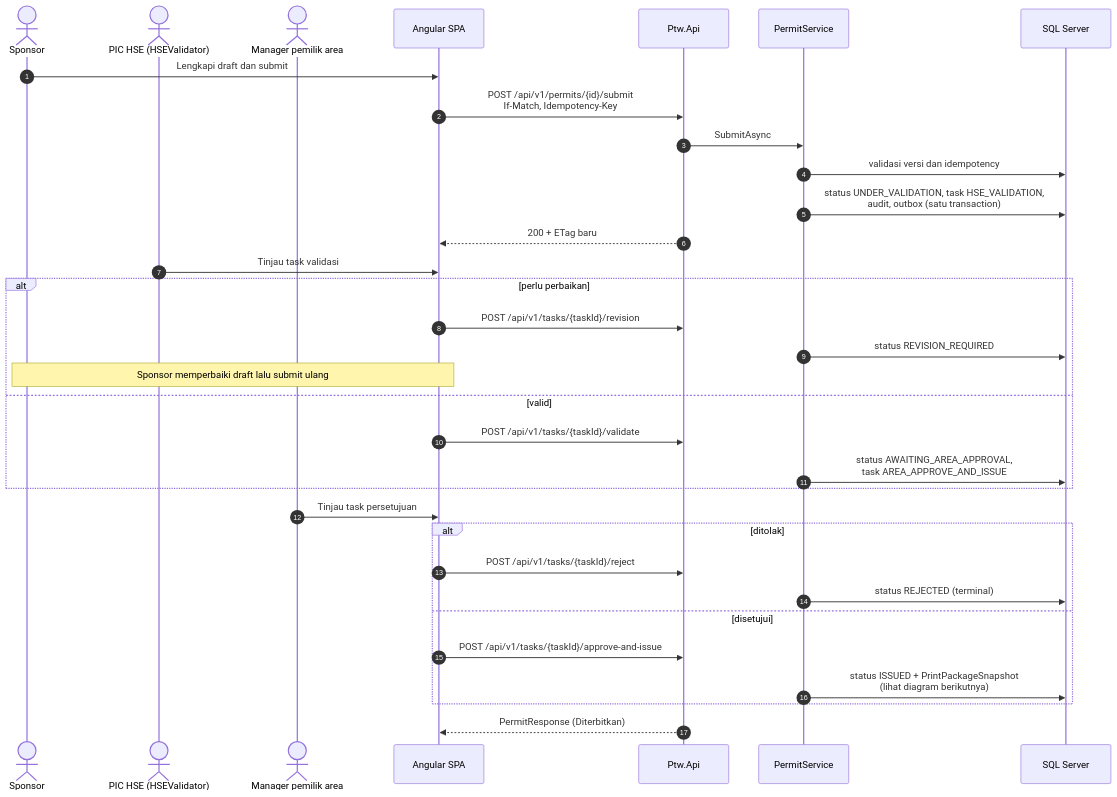
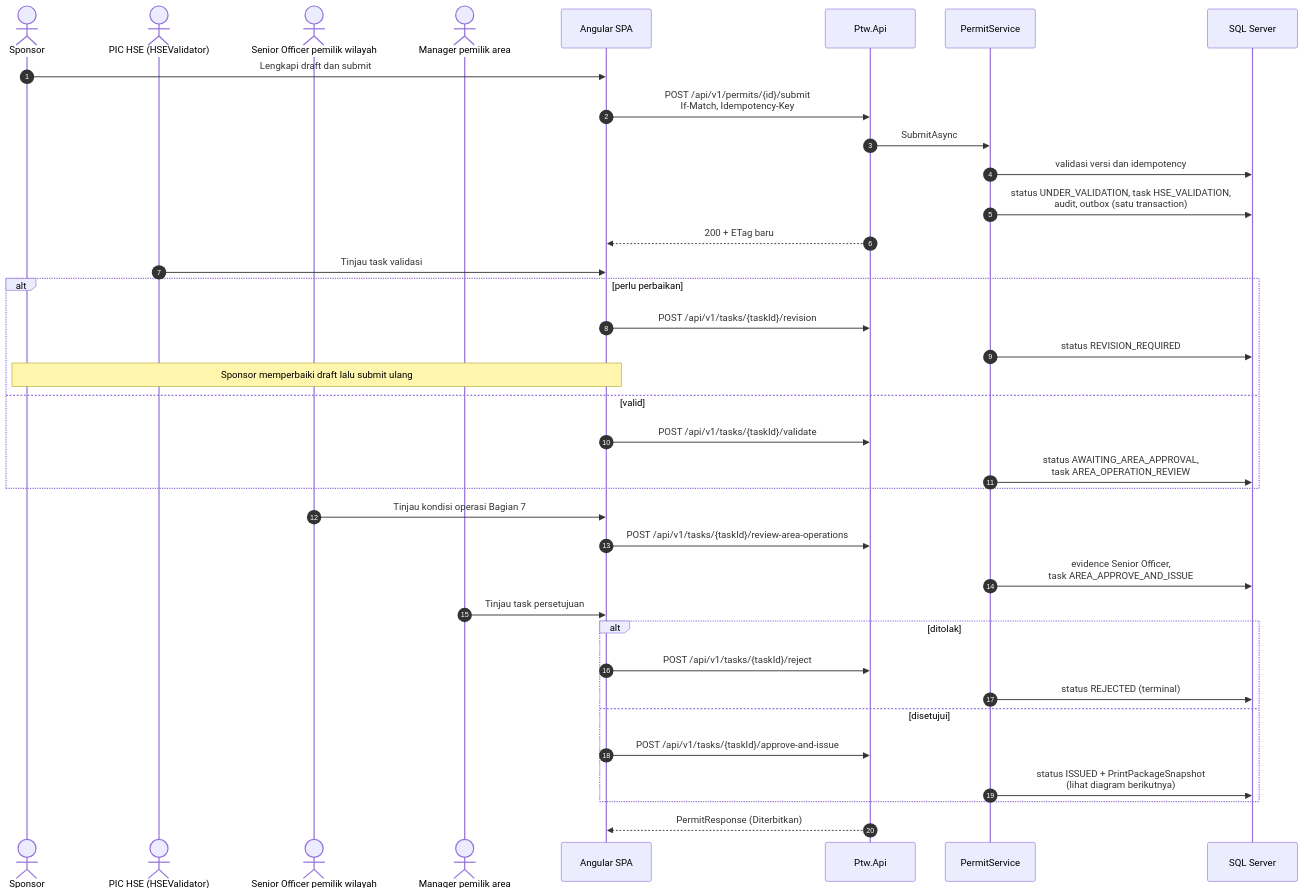
Before and after one commit to NusantaraRegas/ptw-online: the fourth of 5 diagrams in README.md, drawn with Mermaid. The commit also changed other lines of this file and 40 other files, not shown here.

````diff
--- a/README.md
+++ b/README.md
@@ -188,38 +189,43 @@
 ```mermaid
 sequenceDiagram
   autonumber
   actor Sponsor
   actor HSE as PIC HSE (HSEValidator)
+  actor SO as Senior Officer pemilik wilayah
   actor Mgr as Manager pemilik area
   participant SPA as Angular SPA
   participant API as Ptw.Api
   participant SVC as PermitService
   participant DB as SQL Server
 
   Sponsor->>SPA: Lengkapi draft dan submit
   SPA->>API: POST /api/v1/permits/{id}/submit<br/>If-Match, Idempotency-Key
   API->>SVC: SubmitAsync
   SVC->>DB: validasi versi dan idempotency
   SVC->>DB: status UNDER_VALIDATION, task HSE_VALIDATION,<br/>audit, outbox (satu transaction)
   API-->>SPA: 200 + ETag baru
 
   HSE->>SPA: Tinjau task validasi
   alt perlu perbaikan
     SPA->>API: POST /api/v1/tasks/{taskId}/revision
     SVC->>DB: status REVISION_REQUIRED
     Note over Sponsor,SPA: Sponsor memperbaiki draft lalu submit ulang
   else valid
     SPA->>API: POST /api/v1/tasks/{taskId}/validate
-    SVC->>DB: status AWAITING_AREA_APPROVAL,<br/>task AREA_APPROVE_AND_ISSUE
+    SVC->>DB: status AWAITING_AREA_APPROVAL,<br/>task AREA_OPERATION_REVIEW
   end
+
+  SO->>SPA: Tinjau kondisi operasi Bagian 7
+  SPA->>API: POST /api/v1/tasks/{taskId}/review-area-operations
+  SVC->>DB: evidence Senior Officer,<br/>task AREA_APPROVE_AND_ISSUE
 
   Mgr->>SPA: Tinjau task persetujuan
   alt ditolak
     SPA->>API: POST /api/v1/tasks/{taskId}/reject
     SVC->>DB: status REJECTED (terminal)
   else disetujui
     SPA->>API: POST /api/v1/tasks/{taskId}/approve-and-issue
     SVC->>DB: status ISSUED + PrintPackageSnapshot<br/>(lihat diagram berikutnya)
   end
   API-->>SPA: PermitResponse (Diterbitkan)
 ```
````
